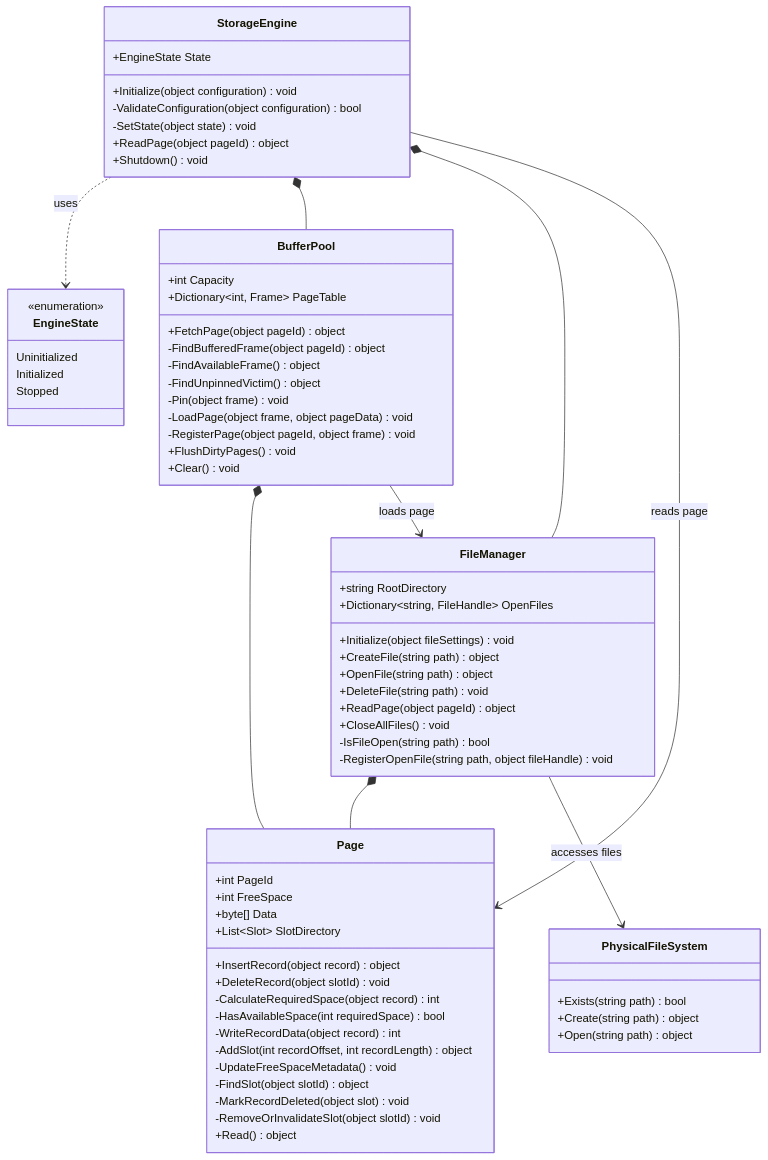
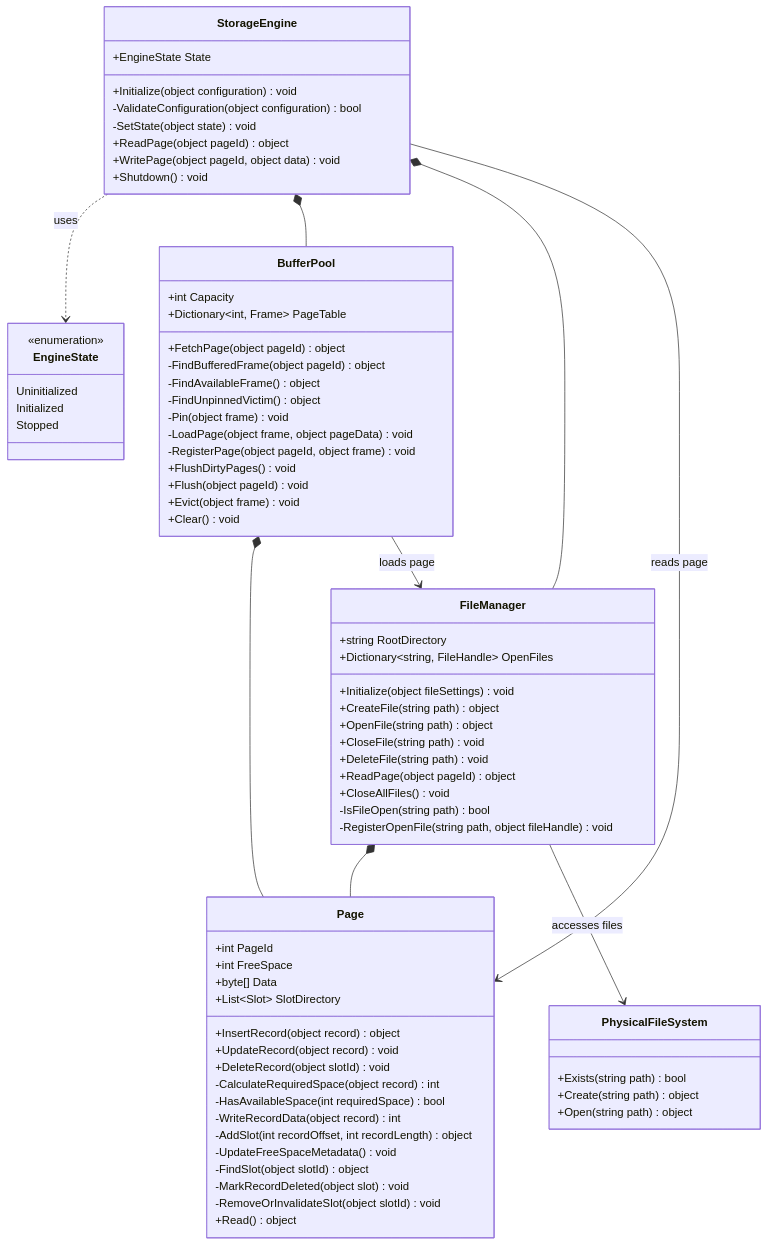
One commit to manaxpow/DBMS changed the first of 18 diagrams in docs/sequence-diagrams/storage-engine/README.md. Above: the diagram before and after it, drawn with Mermaid. The commit also changed other lines of this file and 75 other files, not shown here.

```diff
--- a/docs/sequence-diagrams/storage-engine/README.md
+++ b/docs/sequence-diagrams/storage-engine/README.md
@@ -17,6 +17,8 @@
         -LoadPage(object frame, object pageData) void
         -RegisterPage(object pageId, object frame) void
         +FlushDirtyPages() void
+        +Flush(object pageId) void
+        +Evict(object frame) void
         +Clear() void
     }
 
@@ -26,6 +28,7 @@
         +byte[] Data
         +List~Slot~ SlotDirectory
         +InsertRecord(object record) object
+        +UpdateRecord(object record) void
         +DeleteRecord(object slotId) void
         -CalculateRequiredSpace(object record) int
         -HasAvailableSpace(int requiredSpace) bool
@@ -52,6 +55,7 @@
         -ValidateConfiguration(object configuration) bool
         -SetState(object state) void
         +ReadPage(object pageId) object
+        +WritePage(object pageId, object data) void
         +Shutdown() void
     }
 
@@ -61,6 +65,7 @@
         +Initialize(object fileSettings) void
         +CreateFile(string path) object
         +OpenFile(string path) object
+        +CloseFile(string path) void
         +DeleteFile(string path) void
         +ReadPage(object pageId) object
         +CloseAllFiles() void
```
